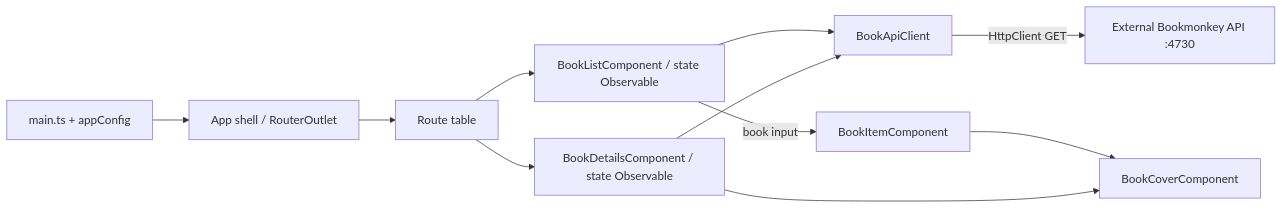
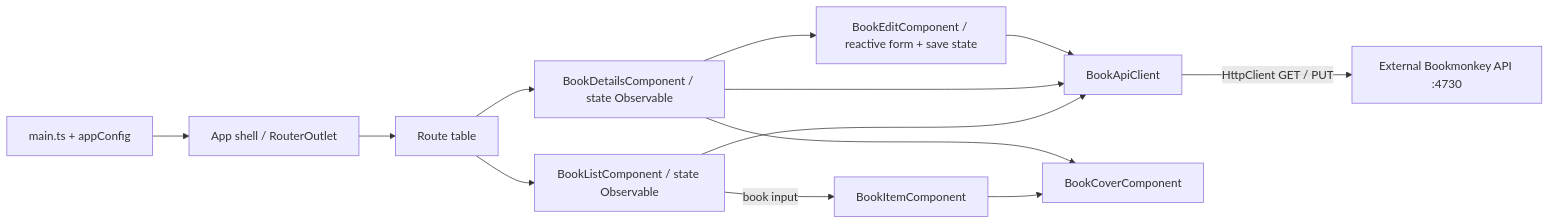
The diagram in ARCHITECTURE.md (EHerche/ki-software-engineer), drawn with Mermaid before and after one commit. The commit also changed other lines of this file and 20 other files, not shown here.

````diff
--- a/ARCHITECTURE.md
+++ b/ARCHITECTURE.md
@@ -59,13 +59,15 @@
 ```mermaid
 flowchart LR
   Main[main.ts + appConfig] --> App[App shell / RouterOutlet]
   App --> Routes[Route table]
   Routes --> List[BookListComponent / state Observable]
   Routes --> Details[BookDetailsComponent / state Observable]
   List --> API[BookApiClient]
   Details --> API
-  API -->|HttpClient GET| Backend[External Bookmonkey API :4730]
+  Details --> Editor[BookEditComponent / reactive form + save state]
+  Editor --> API
+  API -->|HttpClient GET / PUT| Backend[External Bookmonkey API :4730]
   List -->|book input| Card[BookItemComponent]
   Card --> Cover[BookCoverComponent]
   Details --> Cover
 ```
````
